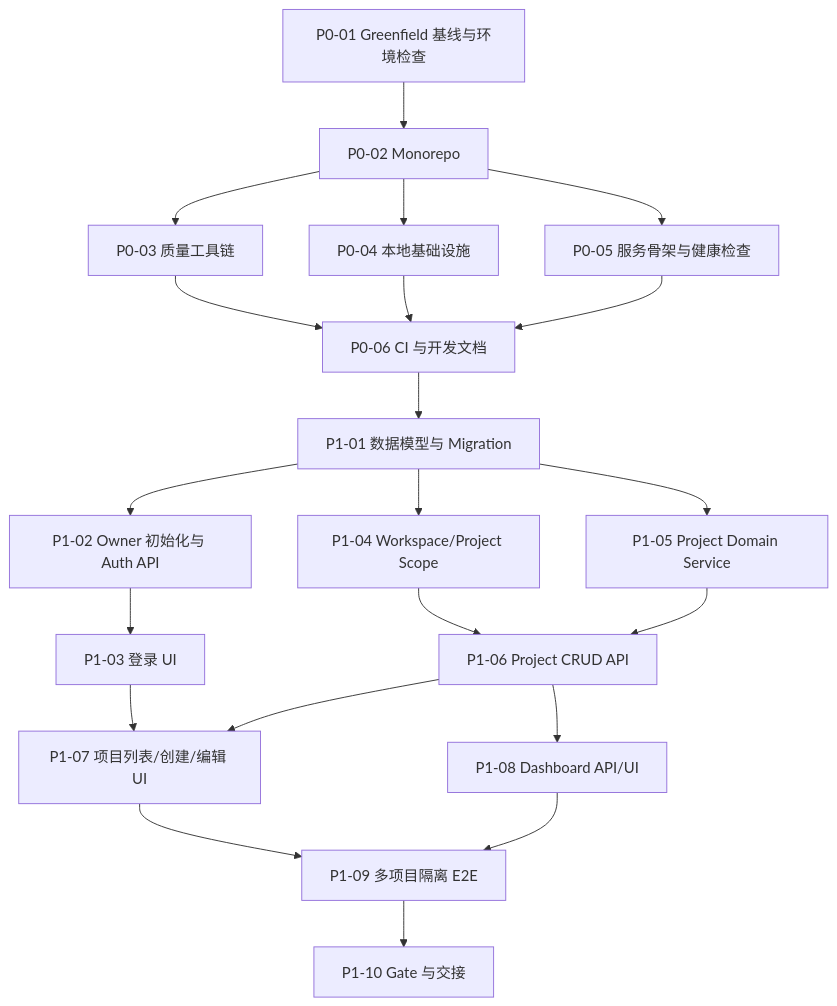
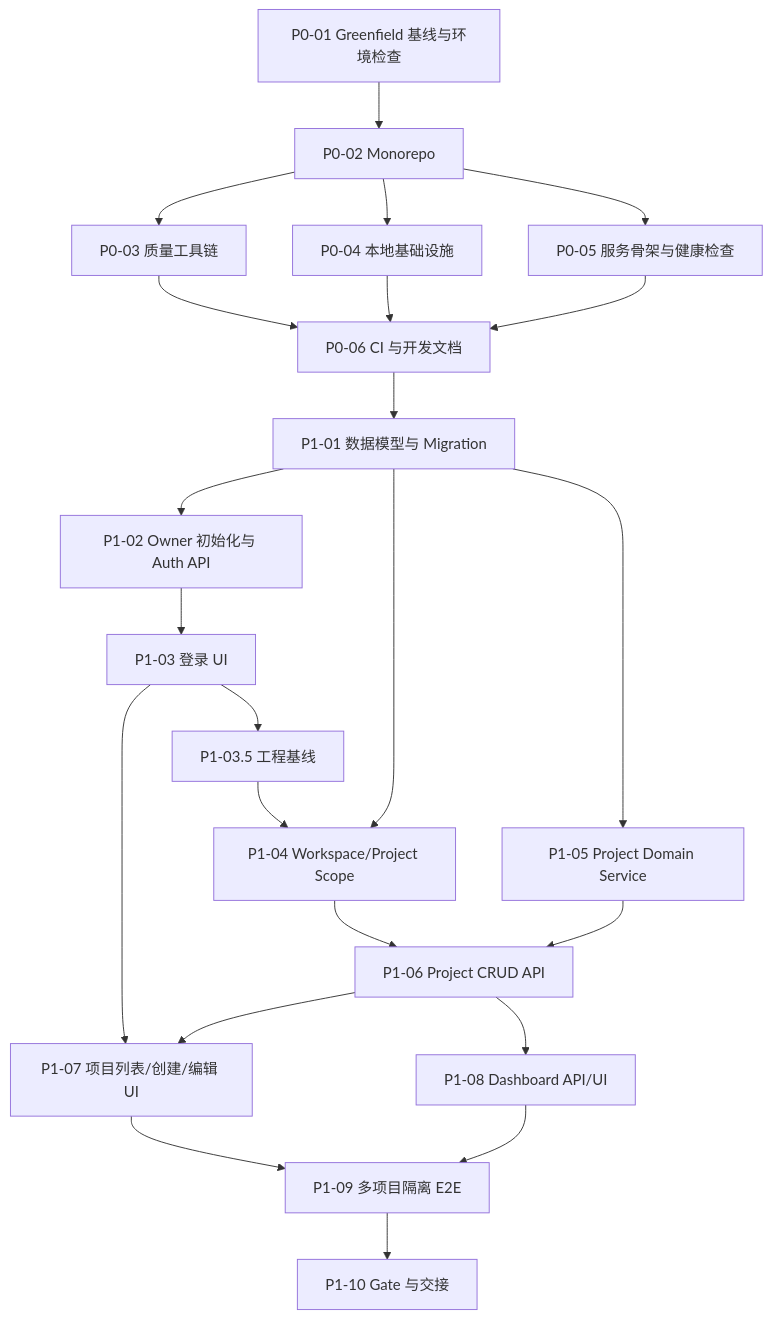
Before and after one commit to Poetryincense/ai-overseas-store-workbench: the diagram in SPRINT_PLAN.md, drawn with Mermaid. The commit also changed other lines of this file and 8 other files, not shown here.

````diff
--- a/SPRINT_PLAN.md
+++ b/SPRINT_PLAN.md
@@ -17,23 +17,25 @@
 ```mermaid
 flowchart TD
   P001[P0-01 Greenfield 基线与环境检查] --> P002[P0-02 Monorepo]
   P002 --> P003[P0-03 质量工具链]
   P002 --> P004[P0-04 本地基础设施]
   P002 --> P005[P0-05 服务骨架与健康检查]
   P003 --> P006[P0-06 CI 与开发文档]
   P004 --> P006
   P005 --> P006
   P006 --> P101[P1-01 数据模型与 Migration]
   P101 --> P102[P1-02 Owner 初始化与 Auth API]
   P102 --> P103[P1-03 登录 UI]
+  P103 --> P1035[P1-03.5 工程基线]
+  P1035 --> P104[P1-04 Workspace/Project Scope]
   P101 --> P104[P1-04 Workspace/Project Scope]
   P101 --> P105[P1-05 Project Domain Service]
   P104 --> P106[P1-06 Project CRUD API]
   P105 --> P106
   P103 --> P107[P1-07 项目列表/创建/编辑 UI]
   P106 --> P107
   P106 --> P108[P1-08 Dashboard API/UI]
   P107 --> P109[P1-09 多项目隔离 E2E]
   P108 --> P109
   P109 --> P110[P1-10 Gate 与交接]
 ```
````
